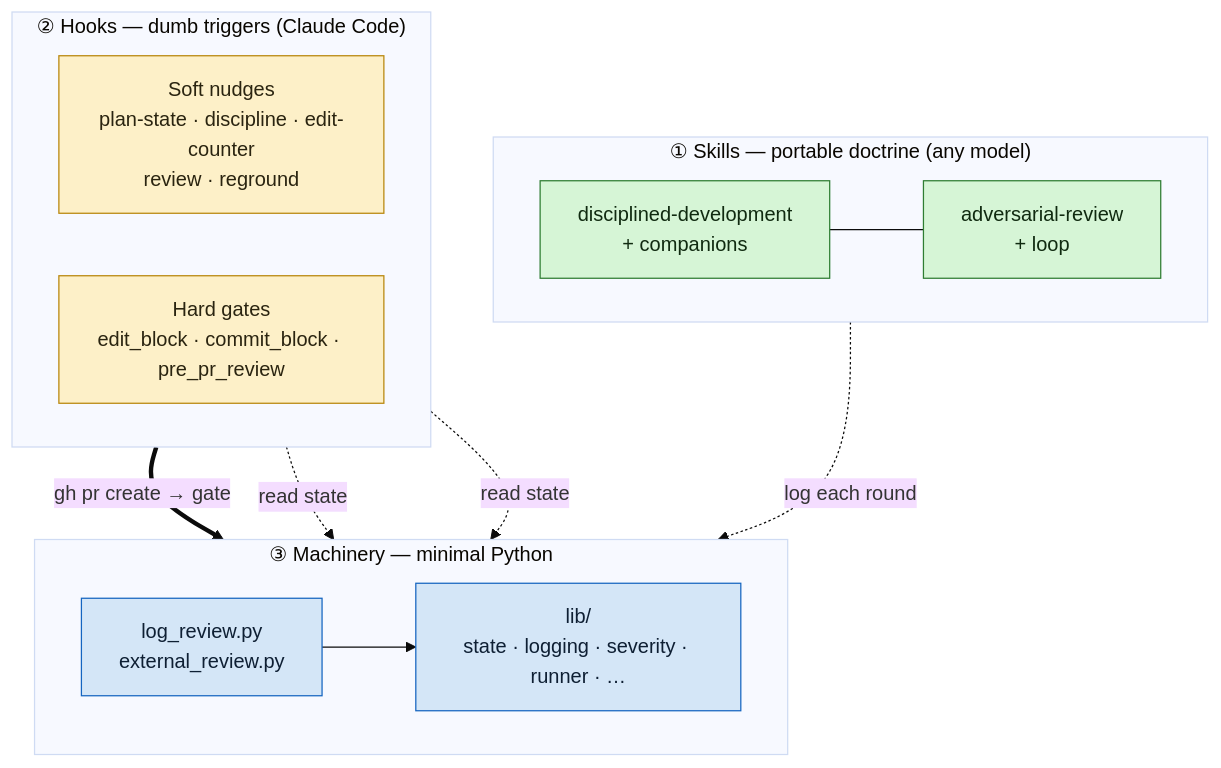
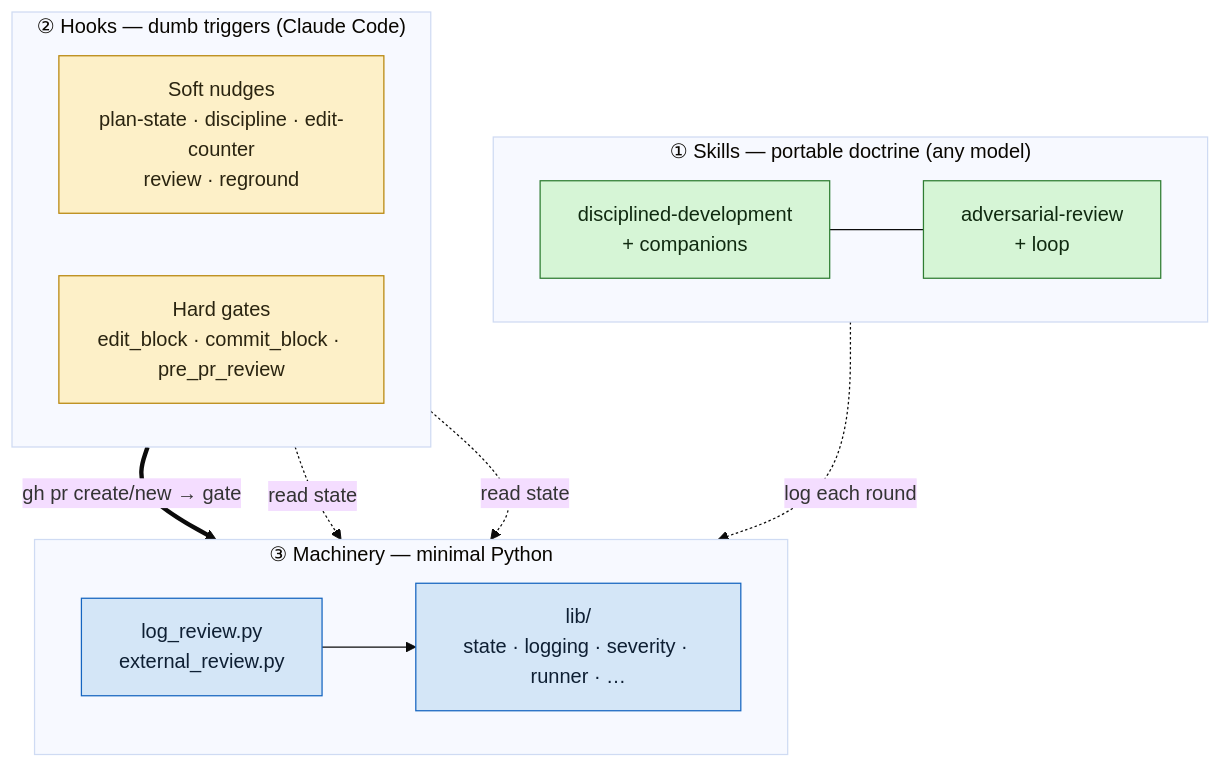
One commit to midris/disciplined-development-skills changed the first of 6 diagrams in ARCHITECTURE.md. Above: the diagram before and after it, drawn with Mermaid (base theme). The commit also changed other lines of this file and 5 other files, not shown here.

````diff
--- a/ARCHITECTURE.md
+++ b/ARCHITECTURE.md
@@ -26,30 +26,30 @@
 ```mermaid
 flowchart TB
     subgraph L1["① Skills — portable doctrine (any model)"]
         direction LR
         DD["disciplined-development<br/>+ companions"]
         AR["adversarial-review<br/>+ loop"]
         DD --- AR
     end
     subgraph L2["② Hooks — dumb triggers (Claude Code)"]
         direction LR
         SOFT["Soft nudges<br/>plan-state · discipline · edit-counter<br/>review · reground"]
         HARD["Hard gates<br/>edit_block · commit_block · pre_pr_review"]
     end
     subgraph L3["③ Machinery — minimal Python"]
         direction LR
         TOOLS["log_review.py<br/>external_review.py"]
         LIB["lib/<br/>state · logging · severity · runner · …"]
         TOOLS --> LIB
     end
-    HARD ==>|"gh pr create → gate"| TOOLS
+    HARD ==>|"gh pr create/new → gate"| TOOLS
     AR -.->|"log each round"| TOOLS
     SOFT -.->|"read state"| LIB
     HARD -.->|"read state"| LIB
     classDef s fill:#d6f5d6,stroke:#2e7d32,color:#102a10;
     classDef h fill:#fdf0c8,stroke:#b8860b,color:#2a2410;
     classDef m fill:#d4e6f7,stroke:#1565c0,color:#0e1f33;
     class DD,AR s
     class SOFT,HARD h
     class TOOLS,LIB m
 ```
````
